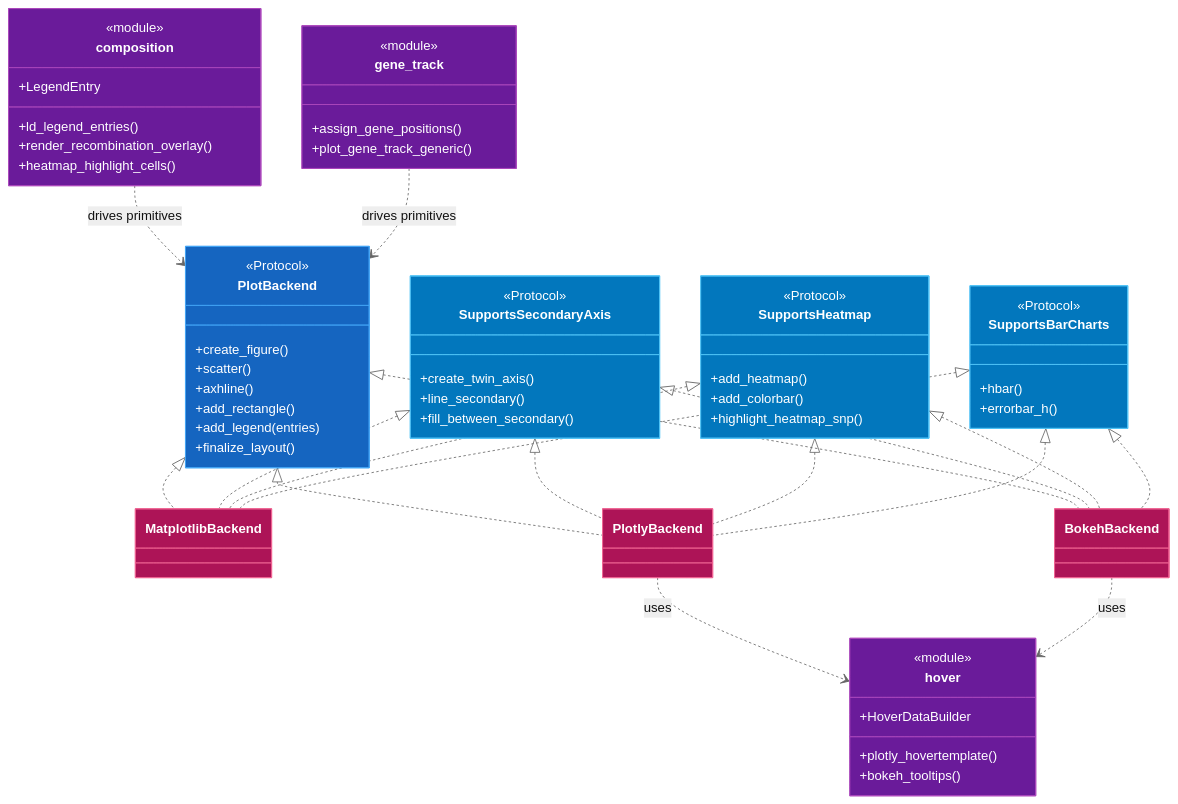
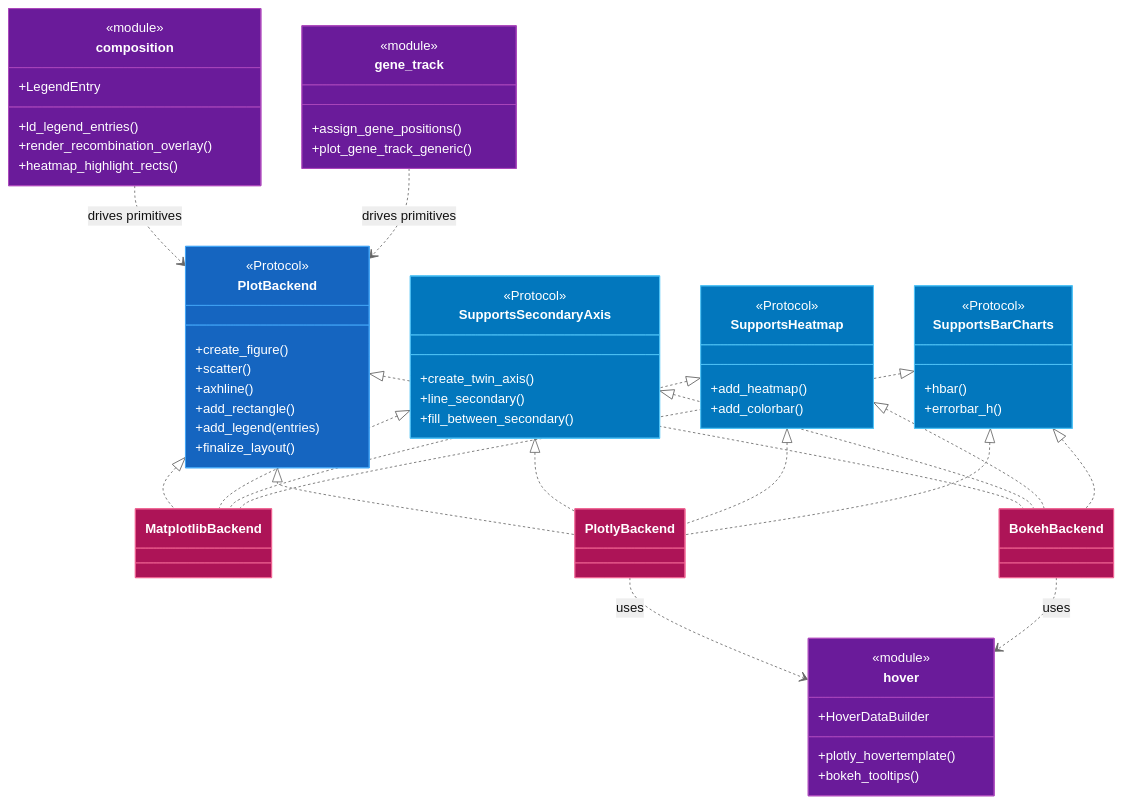
Before and after one commit to michael-denyer/pyLocusZoom: the third of 3 diagrams in docs/CODEMAP.md, drawn with Mermaid (neutral theme). The commit also changed 21 other files, not shown here.

First line of the commit message:
fix(backends): draw the heatmap lead-SNP outline in data coordinates

````diff
--- a/docs/CODEMAP.md
+++ b/docs/CODEMAP.md
@@ -352,78 +352,77 @@
 ```mermaid
 classDiagram
     class PlotBackend {
         <<Protocol>>
         +create_figure()
         +scatter()
         +axhline()
         +add_rectangle()
         +add_legend(entries)
         +finalize_layout()
     }
     class SupportsSecondaryAxis {
         <<Protocol>>
         +create_twin_axis()
         +line_secondary()
         +fill_between_secondary()
     }
     class SupportsHeatmap {
         <<Protocol>>
         +add_heatmap()
         +add_colorbar()
-        +highlight_heatmap_snp()
     }
     class SupportsBarCharts {
         <<Protocol>>
         +hbar()
         +errorbar_h()
     }
     class composition {
         <<module>>
         +LegendEntry
         +ld_legend_entries()
         +render_recombination_overlay()
-        +heatmap_highlight_cells()
+        +heatmap_highlight_rects()
     }
     class hover {
         <<module>>
         +HoverDataBuilder
         +plotly_hovertemplate()
         +bokeh_tooltips()
     }
     class gene_track {
         <<module>>
         +assign_gene_positions()
         +plot_gene_track_generic()
     }
     class MatplotlibBackend
     class PlotlyBackend
     class BokehBackend
 
     PlotBackend <|.. MatplotlibBackend
     PlotBackend <|.. PlotlyBackend
     PlotBackend <|.. BokehBackend
     SupportsSecondaryAxis <|.. MatplotlibBackend
     SupportsSecondaryAxis <|.. PlotlyBackend
     SupportsSecondaryAxis <|.. BokehBackend
     SupportsHeatmap <|.. MatplotlibBackend
     SupportsHeatmap <|.. PlotlyBackend
     SupportsHeatmap <|.. BokehBackend
     SupportsBarCharts <|.. MatplotlibBackend
     SupportsBarCharts <|.. PlotlyBackend
     SupportsBarCharts <|.. BokehBackend
     composition ..> PlotBackend : drives primitives
     gene_track ..> PlotBackend : drives primitives
     PlotlyBackend ..> hover : uses
     BokehBackend ..> hover : uses
 
     style PlotBackend fill:#1565c0,stroke:#42a5f5,color:#ffffff
     style SupportsSecondaryAxis fill:#0277bd,stroke:#4fc3f7,color:#ffffff
     style SupportsHeatmap fill:#0277bd,stroke:#4fc3f7,color:#ffffff
     style SupportsBarCharts fill:#0277bd,stroke:#4fc3f7,color:#ffffff
     style MatplotlibBackend fill:#ad1457,stroke:#f06292,color:#ffffff
     style PlotlyBackend fill:#ad1457,stroke:#f06292,color:#ffffff
     style BokehBackend fill:#ad1457,stroke:#f06292,color:#ffffff
     style composition fill:#6a1b9a,stroke:#ab47bc,color:#ffffff
     style hover fill:#6a1b9a,stroke:#ab47bc,color:#ffffff
     style gene_track fill:#6a1b9a,stroke:#ab47bc,color:#ffffff
 ```
````
